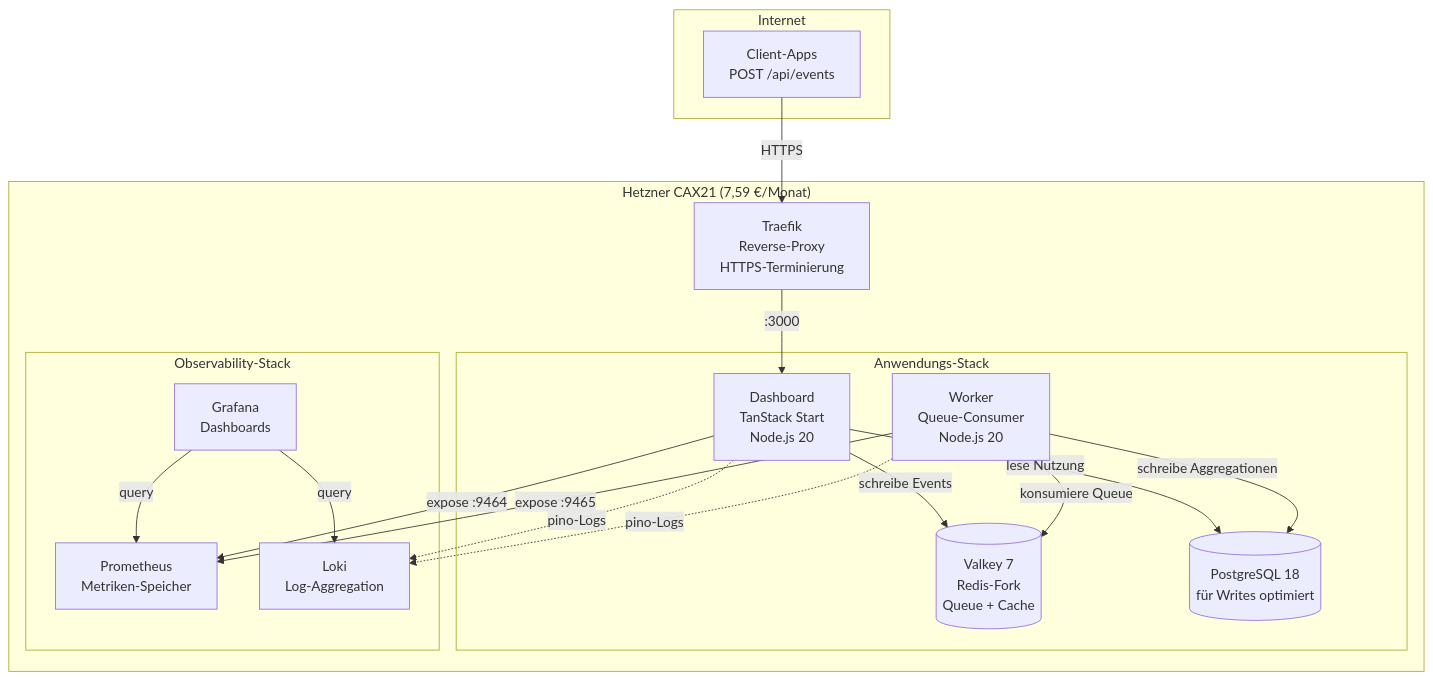
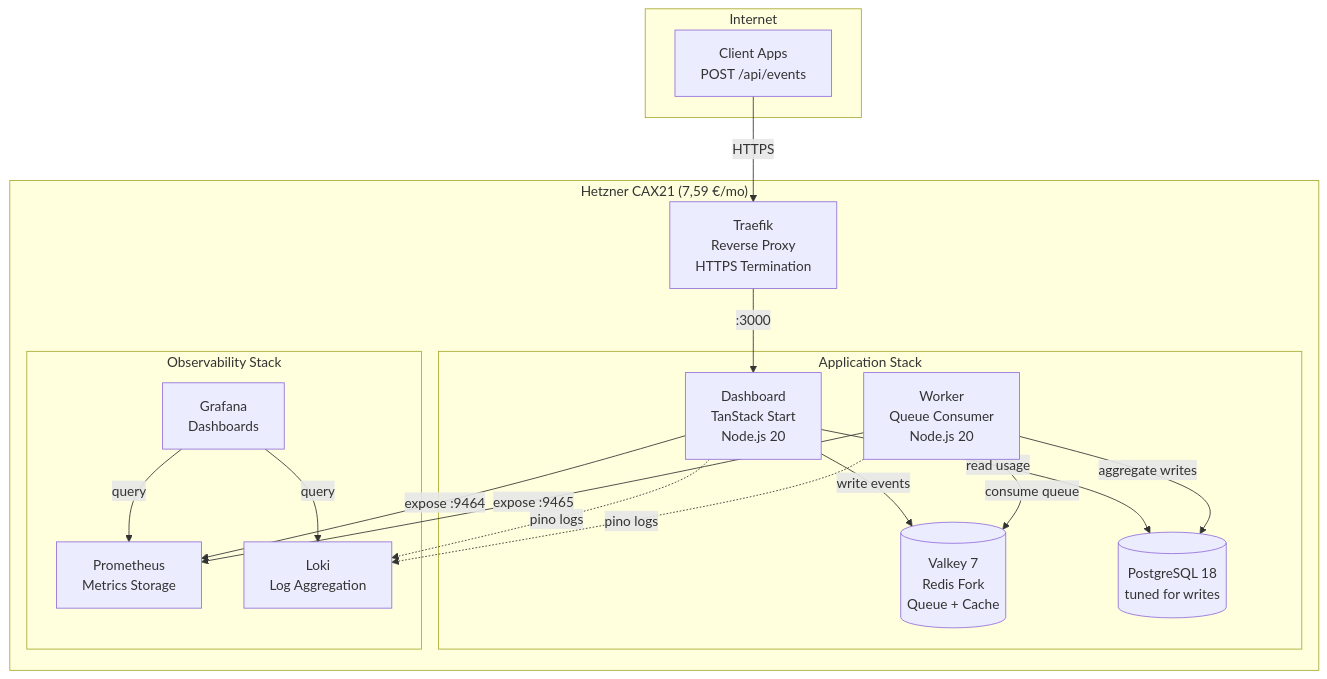
One commit to eduardosanzb/flagmeter-vps-poc changed the diagram in apps/landing/content/blog/docker-swarm-test-11-euro-lesson.de.md. Above: the diagram before and after it, drawn with Mermaid. The commit also changed other lines of this file, not shown here.

````diff
--- a/apps/landing/content/blog/docker-swarm-test-11-euro-lesson.de.md
+++ b/apps/landing/content/blog/docker-swarm-test-11-euro-lesson.de.md
@@ -70,36 +70,36 @@
 ```mermaid
 graph TB
     subgraph Internet
-        CLIENT[Client-Apps<br/>POST /api/events]
+        CLIENT[Client Apps<br/>POST /api/events]
     end
 
-    subgraph "Hetzner CAX21 (7,59 €/Monat)"
-        TRAEFIK[Traefik<br/>Reverse-Proxy<br/>HTTPS-Terminierung]
+    subgraph "Hetzner CAX21 (7,59 €/mo)"
+        TRAEFIK[Traefik<br/>Reverse Proxy<br/>HTTPS Termination]
 
-        subgraph "Anwendungs-Stack"
+        subgraph "Application Stack"
             DASH[Dashboard<br/>TanStack Start<br/>Node.js 20]
-            WORKER[Worker<br/>Queue-Consumer<br/>Node.js 20]
-            VALKEY[(Valkey 7<br/>Redis-Fork<br/>Queue + Cache)]
-            PG[(PostgreSQL 18<br/>für Writes optimiert)]
+            WORKER[Worker<br/>Queue Consumer<br/>Node.js 20]
+            VALKEY[(Valkey 7<br/>Redis Fork<br/>Queue + Cache)]
+            PG[(PostgreSQL 18<br/>tuned for writes)]
         end
 
-        subgraph "Observability-Stack"
-            PROM[Prometheus<br/>Metriken-Speicher]
+        subgraph "Observability Stack"
+            PROM[Prometheus<br/>Metrics Storage]
             GRAFANA[Grafana<br/>Dashboards]
-            LOKI[Loki<br/>Log-Aggregation]
+            LOKI[Loki<br/>Log Aggregation]
         end
     end
 
     CLIENT -->|HTTPS| TRAEFIK
     TRAEFIK -->|:3000| DASH
-    DASH -->|schreibe Events| VALKEY
-    DASH -->|lese Nutzung| PG
-    WORKER -->|konsumiere Queue| VALKEY
-    WORKER -->|schreibe Aggregationen| PG
+    DASH -->|write events| VALKEY
+    DASH -->|read usage| PG
+    WORKER -->|consume queue| VALKEY
+    WORKER -->|aggregate writes| PG
     DASH -->|expose :9464| PROM
     WORKER -->|expose :9465| PROM
     GRAFANA -->|query| PROM
     GRAFANA -->|query| LOKI
-    DASH -.->|pino-Logs| LOKI
-    WORKER -.->|pino-Logs| LOKI
+    DASH -.->|pino logs| LOKI
+    WORKER -.->|pino logs| LOKI
 ```
````
